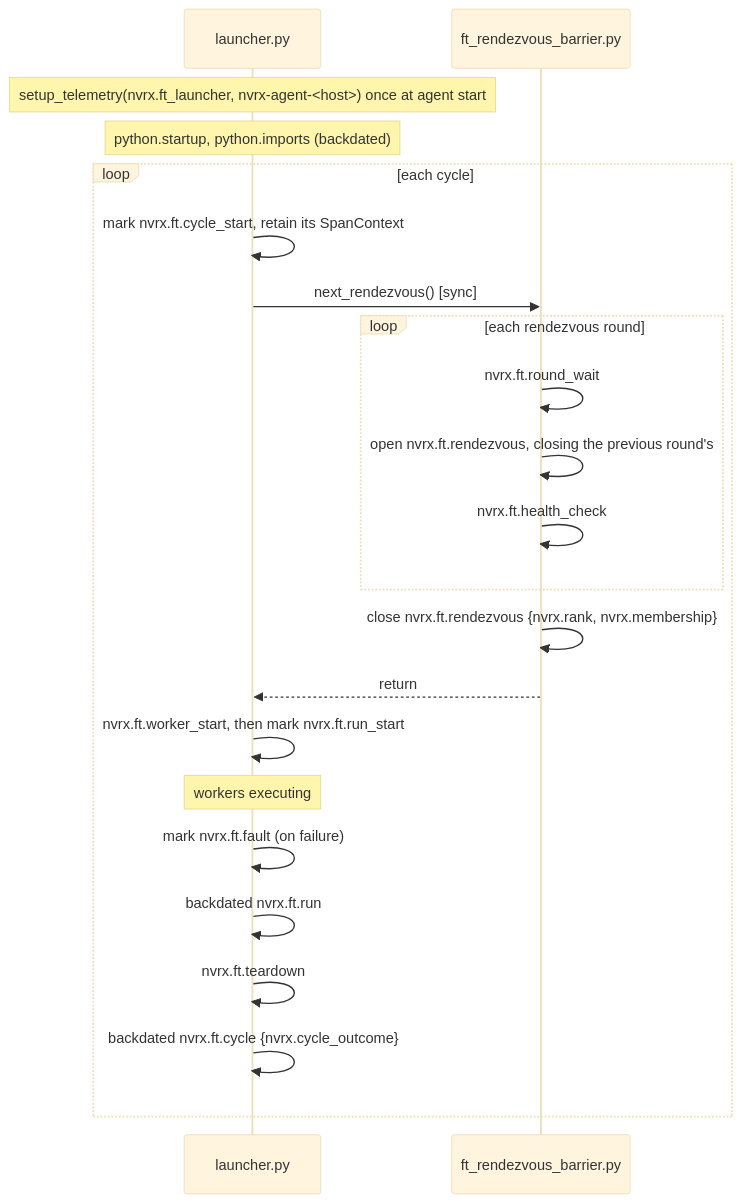
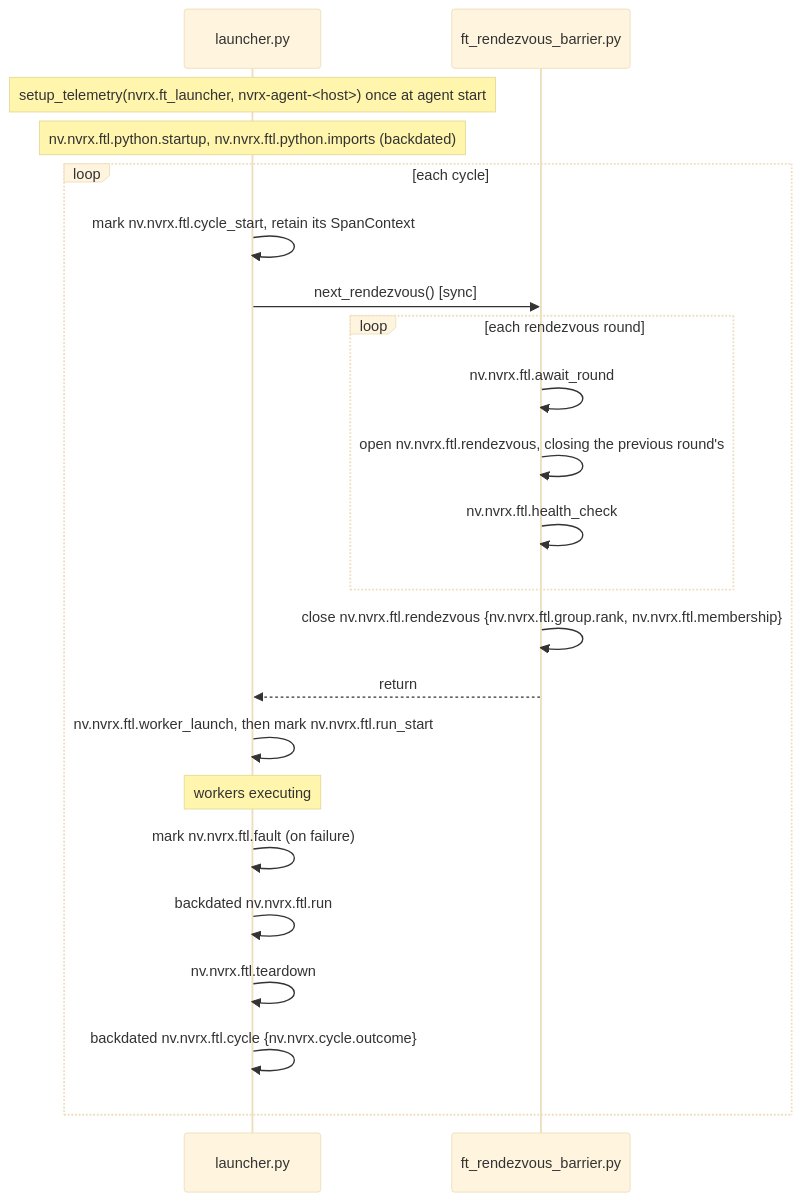
One commit to NVIDIA/nvidia-resiliency-ext changed the second of 2 diagrams in docs/design/telemetry/NEMO_LENS.md. Above: the diagram before and after it, drawn with Mermaid (base theme). The commit also changed other lines of this file and 8 other files, not shown here.

First line of the commit message:
Rename telemetry signals to the nv.* schema

````diff
--- a/docs/design/telemetry/NEMO_LENS.md
+++ b/docs/design/telemetry/NEMO_LENS.md
@@ -180,26 +180,26 @@
 ```mermaid
 sequenceDiagram
     participant L as launcher.py
     participant R as ft_rendezvous_barrier.py
 
     Note over L: setup_telemetry(nvrx.ft_launcher, nvrx-agent-<host>) once at agent start
-    Note over L: python.startup, python.imports (backdated)
+    Note over L: nv.nvrx.ftl.python.startup, nv.nvrx.ftl.python.imports (backdated)
 
     loop each cycle
-        L->>L: mark nvrx.ft.cycle_start, retain its SpanContext
+        L->>L: mark nv.nvrx.ftl.cycle_start, retain its SpanContext
         L->>R: next_rendezvous() [sync]
         loop each rendezvous round
-            R->>R: nvrx.ft.round_wait
-            R->>R: open nvrx.ft.rendezvous, closing the previous round's
-            R->>R: nvrx.ft.health_check
+            R->>R: nv.nvrx.ftl.await_round
+            R->>R: open nv.nvrx.ftl.rendezvous, closing the previous round's
+            R->>R: nv.nvrx.ftl.health_check
         end
-        R->>R: close nvrx.ft.rendezvous {nvrx.rank, nvrx.membership}
+        R->>R: close nv.nvrx.ftl.rendezvous {nv.nvrx.ftl.group.rank, nv.nvrx.ftl.membership}
         R-->>L: return
-        L->>L: nvrx.ft.worker_start, then mark nvrx.ft.run_start
+        L->>L: nv.nvrx.ftl.worker_launch, then mark nv.nvrx.ftl.run_start
         Note over L: workers executing
-        L->>L: mark nvrx.ft.fault (on failure)
-        L->>L: backdated nvrx.ft.run
-        L->>L: nvrx.ft.teardown
-        L->>L: backdated nvrx.ft.cycle {nvrx.cycle_outcome}
+        L->>L: mark nv.nvrx.ftl.fault (on failure)
+        L->>L: backdated nv.nvrx.ftl.run
+        L->>L: nv.nvrx.ftl.teardown
+        L->>L: backdated nv.nvrx.ftl.cycle {nv.nvrx.cycle.outcome}
     end
 ```
````
